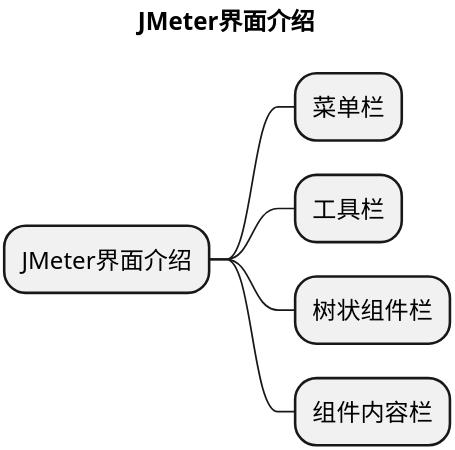
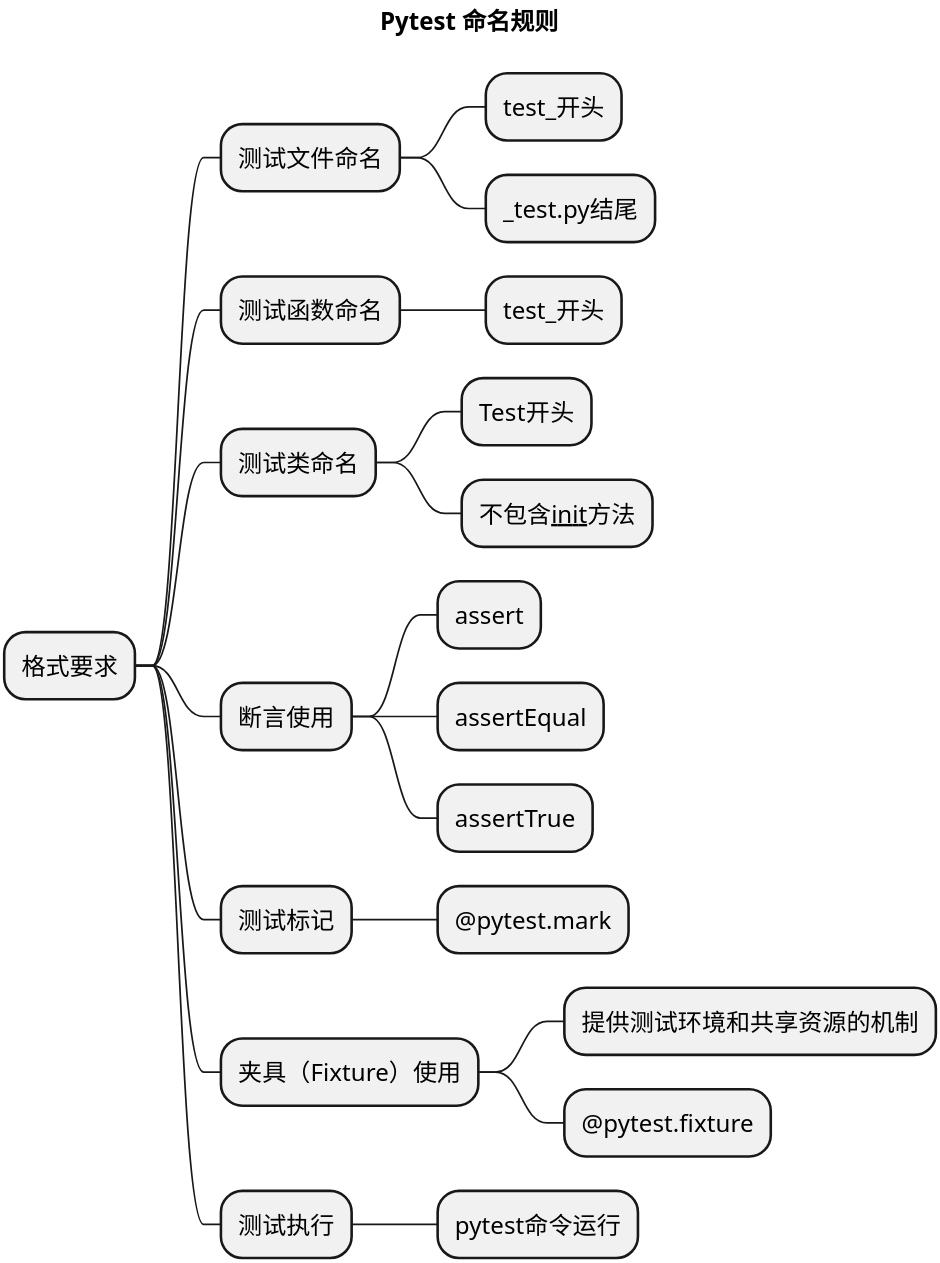
Before and after one commit to TesterDevSoul/encoding: the diagram in zh-cn/测试框架/Pytest/1003A_Pytest 命名规则.md, drawn with PlantUML. The commit also changed other lines of this file and 10 other files, not shown here.

````diff
--- a/zh-cn/测试框架/Pytest/1003A_Pytest 命名规则.md
+++ b/zh-cn/测试框架/Pytest/1003A_Pytest 命名规则.md
@@ -8,12 +8,27 @@
 ```plantuml
 @startmindmap
 scale 10
-title JMeter界面介绍
+title Pytest 命名规则
 
-** JMeter界面介绍
-*** 菜单栏
-*** 工具栏
-*** 树状组件栏
-*** 组件内容栏
+* 格式要求
+** 测试文件命名
+*** test_开头
+*** _test.py结尾
+** 测试函数命名
+*** test_开头
+** 测试类命名
+*** Test开头
+*** 不包含__init__方法
+** 断言使用
+*** assert
+*** assertEqual
+*** assertTrue
+** 测试标记
+*** @pytest.mark
+** 夹具（Fixture）使用
+*** 提供测试环境和共享资源的机制
+*** @pytest.fixture
+** 测试执行
+*** pytest命令运行
 @endmindmap
 ```
````
